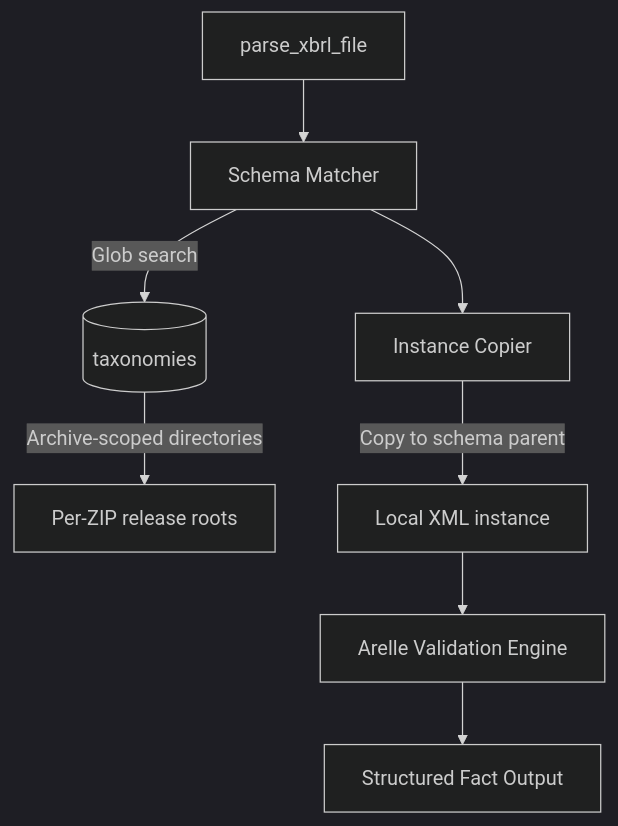
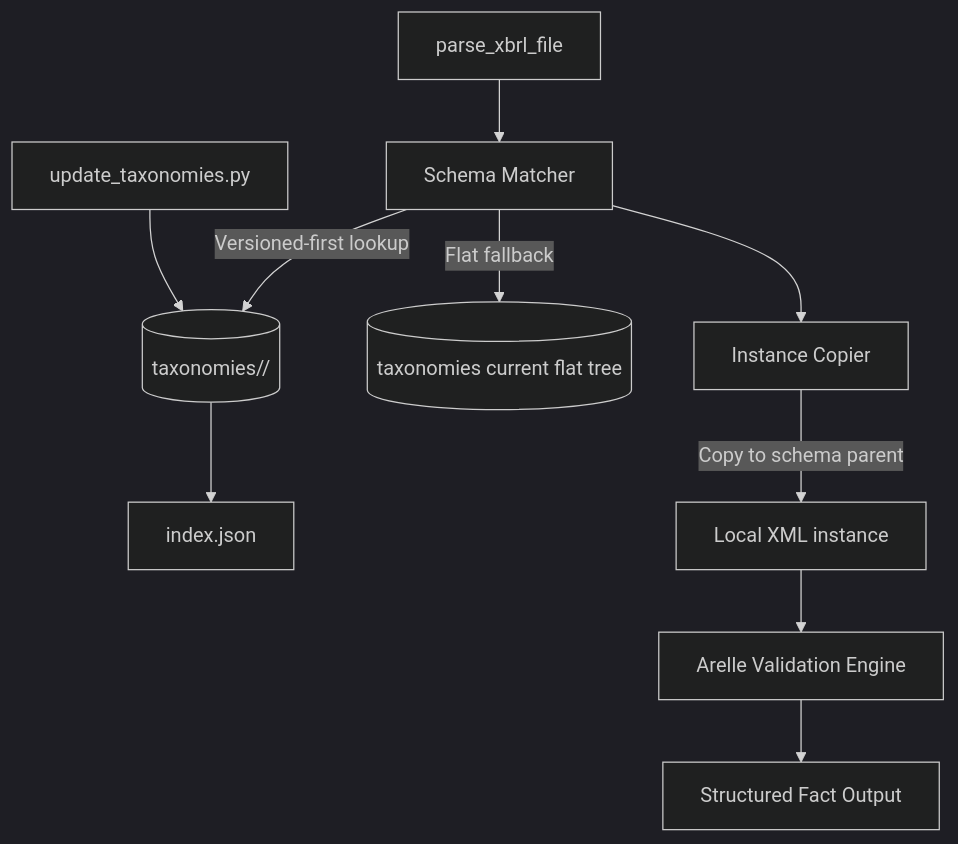
Before and after one commit to eggmasonvalue/nse-xbrl-parser: the diagram in .context/ARCHITECTURE.md, drawn with Mermaid (dark theme). The commit also changed other lines of this file and 538 other files, not shown here.

````diff
--- a/.context/ARCHITECTURE.md
+++ b/.context/ARCHITECTURE.md
@@ -7,10 +7,12 @@
 ```mermaid
 graph TD;
     API[parse_xbrl_file] --> Matcher[Schema Matcher]
-    Matcher -->|Glob search| Vault[(taxonomies)]
-    Vault -->|Archive-scoped directories| Releases[Per-ZIP release roots]
+    Matcher -->|Versioned-first lookup| Versioned[(taxonomies/<family>/<release_id>)]
+    Matcher -->|Flat fallback| Flat[(taxonomies current flat tree)]
+    Updater[update_taxonomies.py] --> Versioned
+    Versioned --> Index[index.json]
     Matcher --> Copier[Instance Copier]
     Copier -->|Copy to schema parent| Temp[Local XML instance]
     Temp --> Arelle[Arelle Validation Engine]
     Arelle --> JSON[Structured Fact Output]
 ```
````
